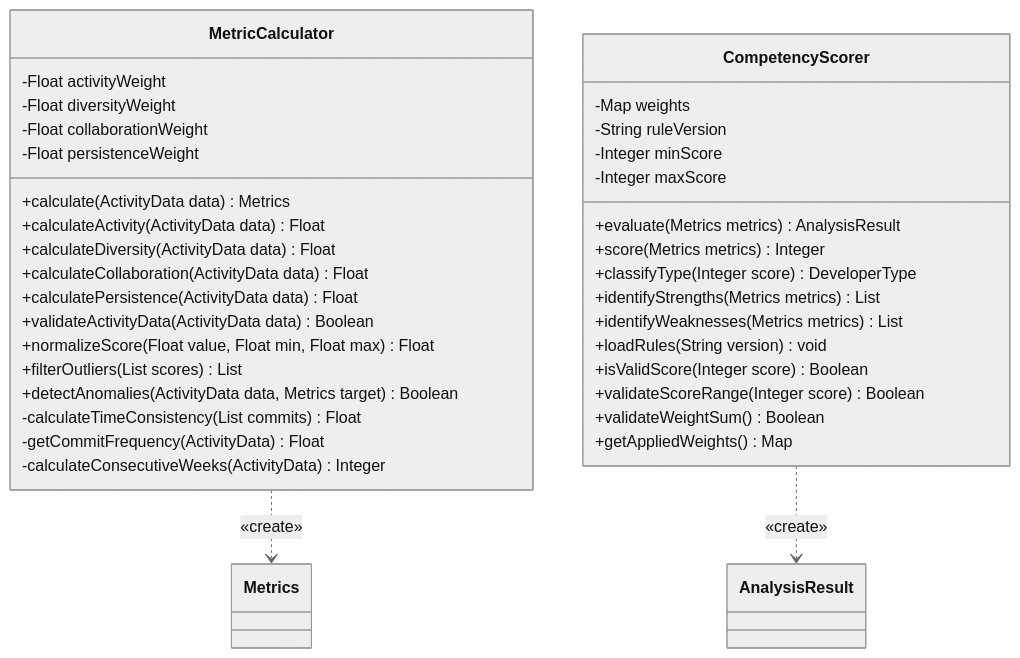
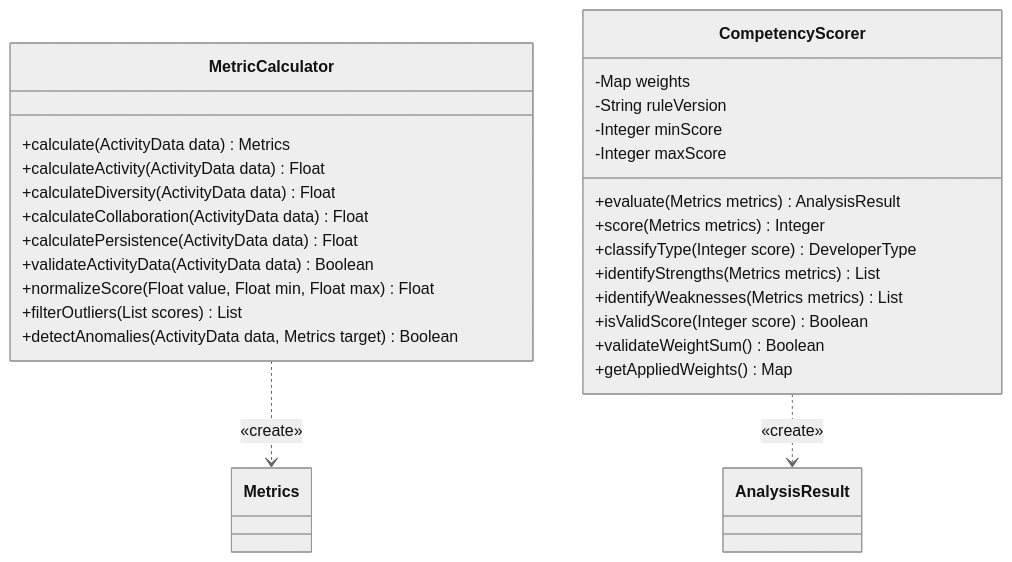
The seventh of 15 diagrams in Design_[22212046_안효원].md (NotHyoone/OSS_Design), drawn with Mermaid (neutral theme) before and after one commit. The commit also changed other lines of this file and 5 other files, not shown here.

````diff
--- a/Design_[22212046_안효원].md
+++ b/Design_[22212046_안효원].md
@@ -520,43 +518,34 @@
 ```mermaid
 classDiagram
     direction TB
 
     class MetricCalculator {
-        -Float activityWeight
-        -Float diversityWeight
-        -Float collaborationWeight
-        -Float persistenceWeight
         +calculate(ActivityData data) Metrics
         +calculateActivity(ActivityData data) Float
         +calculateDiversity(ActivityData data) Float
         +calculateCollaboration(ActivityData data) Float
         +calculatePersistence(ActivityData data) Float
         +validateActivityData(ActivityData data) Boolean
         +normalizeScore(Float value, Float min, Float max) Float
         +filterOutliers(List scores) List
         +detectAnomalies(ActivityData data, Metrics target) Boolean
-        -calculateTimeConsistency(List commits) Float
-        -getCommitFrequency(ActivityData) Float
-        -calculateConsecutiveWeeks(ActivityData) Integer
     }
 
     class CompetencyScorer {
         -Map weights
         -String ruleVersion
         -Integer minScore
         -Integer maxScore
         +evaluate(Metrics metrics) AnalysisResult
         +score(Metrics metrics) Integer
         +classifyType(Integer score) DeveloperType
         +identifyStrengths(Metrics metrics) List
         +identifyWeaknesses(Metrics metrics) List
-        +loadRules(String version) void
         +isValidScore(Integer score) Boolean
-        +validateScoreRange(Integer score) Boolean
         +validateWeightSum() Boolean
         +getAppliedWeights() Map
     }
 
     MetricCalculator ..> Metrics : «create»
     CompetencyScorer ..> AnalysisResult : «create»
 ```
````
